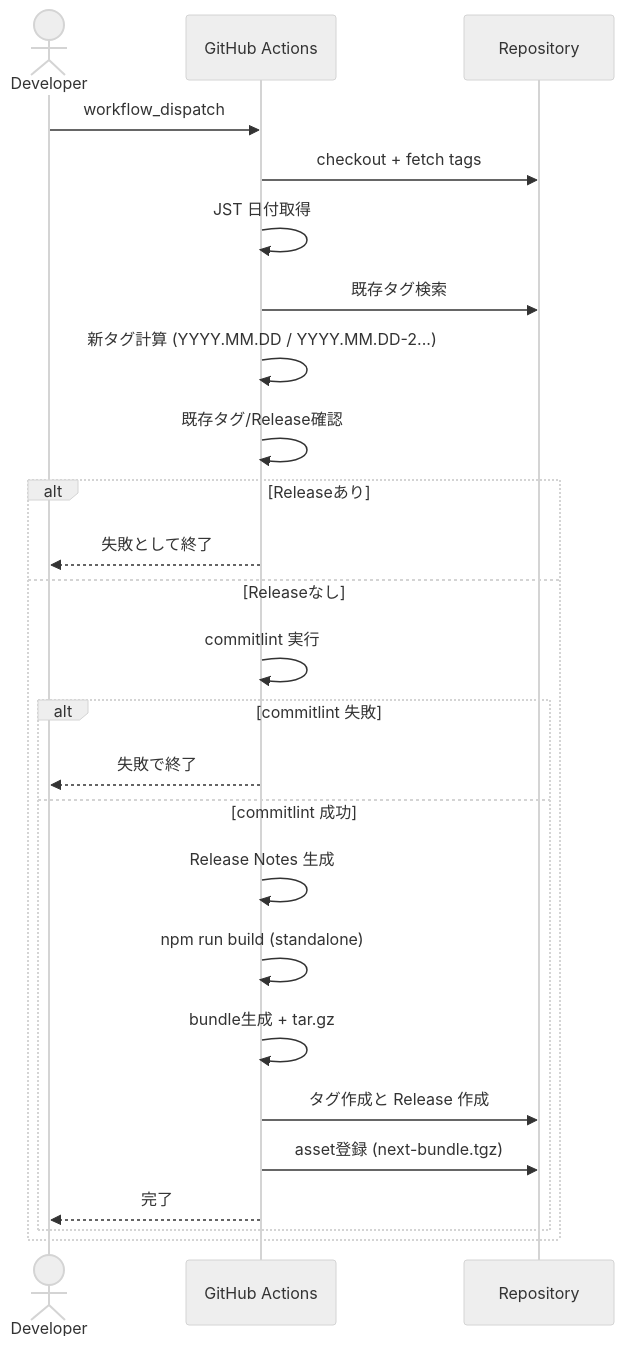
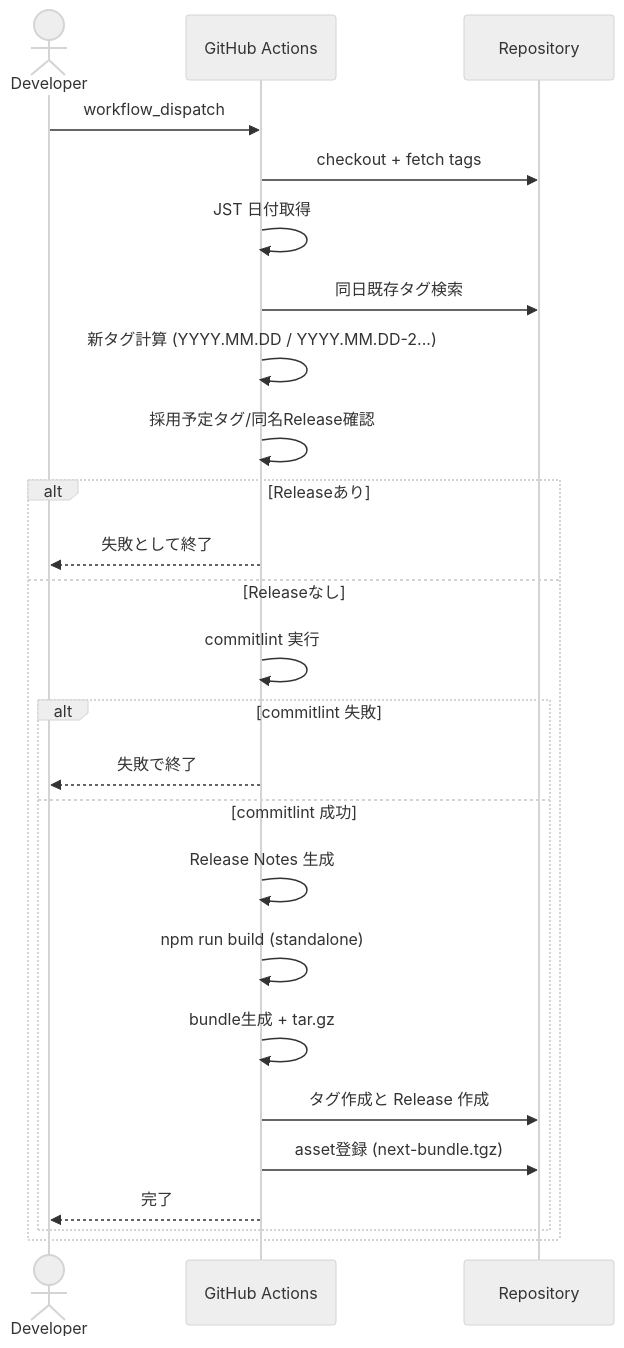
Before and after one commit to LevelCapTech/Agile-PMBOK-Assist: the first of 2 diagrams in .github/copilot/plans/47_github-release-management-implementation-plan.md, drawn with Mermaid (neutral theme). The commit also changed other lines of this file, not shown here.

````diff
--- a/.github/copilot/plans/47_github-release-management-implementation-plan.md
+++ b/.github/copilot/plans/47_github-release-management-implementation-plan.md
@@ -135,28 +135,28 @@
 ```mermaid
 sequenceDiagram
   actor Dev as Developer
   participant GH as GitHub Actions
   participant Repo as Repository
 
   Dev->>GH: workflow_dispatch
   GH->>Repo: checkout + fetch tags
   GH->>GH: JST 日付取得
-  GH->>Repo: 既存タグ検索
+  GH->>Repo: 同日既存タグ検索
   GH->>GH: 新タグ計算 (YYYY.MM.DD / YYYY.MM.DD-2...)
-  GH->>GH: 既存タグ/Release確認
+  GH->>GH: 採用予定タグ/同名Release確認
   alt Releaseあり
     GH-->>Dev: 失敗として終了
   else Releaseなし
     GH->>GH: commitlint 実行
     alt commitlint 失敗
       GH-->>Dev: 失敗で終了
     else commitlint 成功
       GH->>GH: Release Notes 生成
       GH->>GH: npm run build (standalone)
       GH->>GH: bundle生成 + tar.gz
       GH->>Repo: タグ作成と Release 作成
       GH->>Repo: asset登録 (next-bundle.tgz)
       GH-->>Dev: 完了
     end
   end
 ```
````
